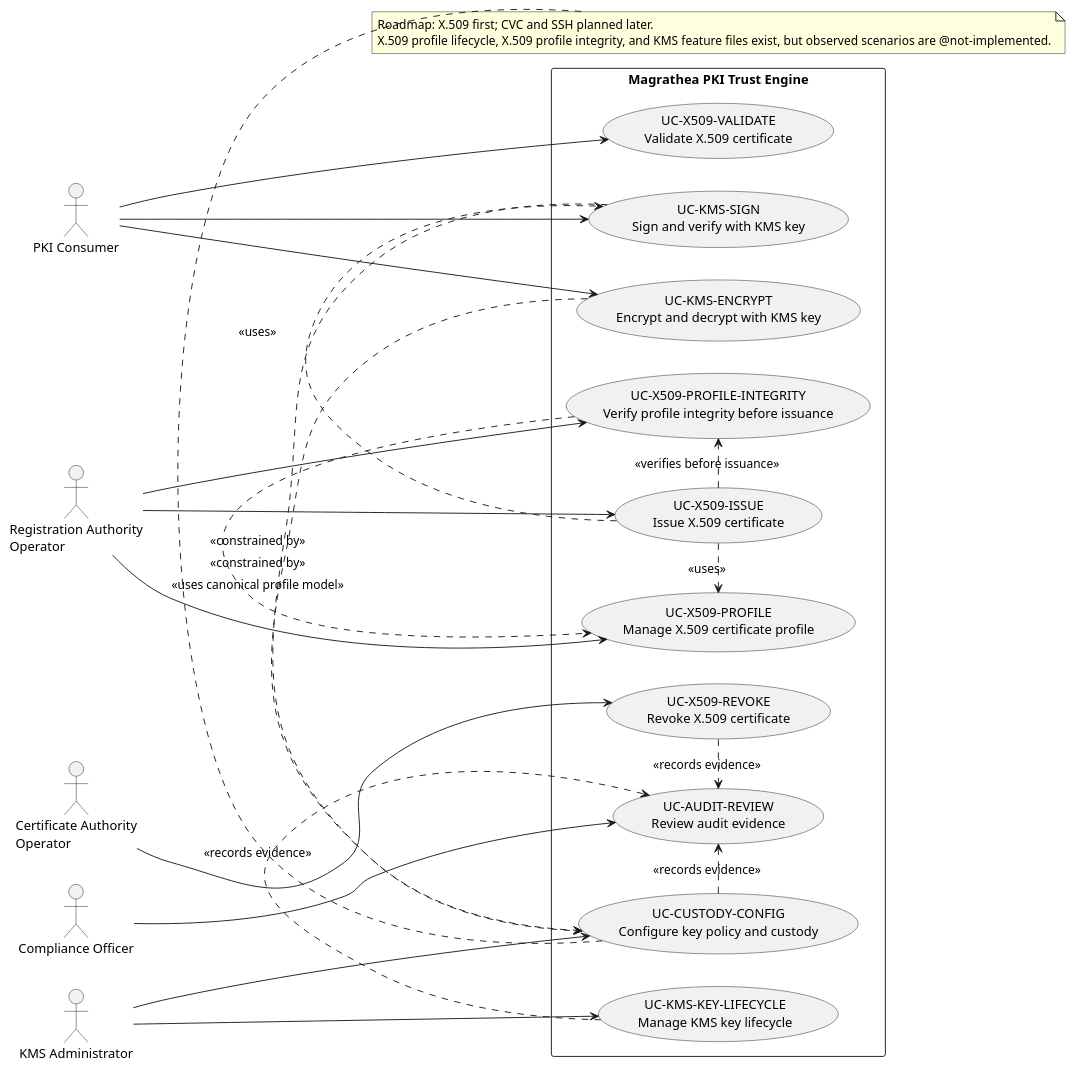
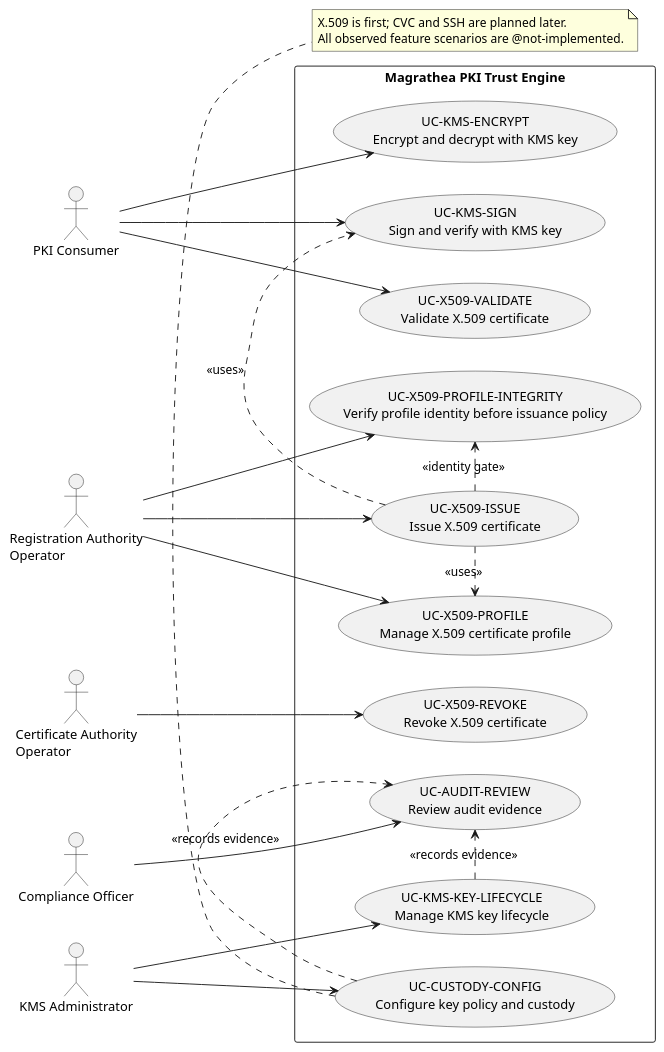
Before and after one commit to Magrathea-oss/magrathea-pki: the diagram in docs/arc42/appendix-requirements.adoc, drawn with PlantUML. The commit also changed other lines of this file and 10 other files, not shown here.

Commit message:
docs(x509): define canonical profile identity contract

```diff
--- a/docs/arc42/appendix-requirements.adoc
+++ b/docs/arc42/appendix-requirements.adoc
@@ -126,53 +106,48 @@
 [plantuml,magrathea-pki-use-case-overview,svg]
 ----
 @startuml
 left to right direction
 skinparam packageStyle rectangle
 
 actor "PKI Consumer" as Consumer
 actor "Registration Authority\nOperator" as RA
 actor "Certificate Authority\nOperator" as CA
 actor "Compliance Officer" as Compliance
 actor "KMS Administrator" as KMSAdmin
 
 rectangle "Magrathea PKI Trust Engine" {
   usecase "UC-X509-PROFILE\nManage X.509 certificate profile" as UC_X509_PROFILE
-  usecase "UC-X509-PROFILE-INTEGRITY\nVerify profile integrity before issuance" as UC_X509_PROFILE_INTEGRITY
+  usecase "UC-X509-PROFILE-INTEGRITY\nVerify profile identity before issuance policy" as UC_X509_PROFILE_INTEGRITY
   usecase "UC-X509-ISSUE\nIssue X.509 certificate" as UC_X509_ISSUE
   usecase "UC-X509-REVOKE\nRevoke X.509 certificate" as UC_X509_REVOKE
   usecase "UC-X509-VALIDATE\nValidate X.509 certificate" as UC_X509_VALIDATE
-
   usecase "UC-KMS-KEY-LIFECYCLE\nManage KMS key lifecycle" as UC_KMS_KEY_LIFECYCLE
   usecase "UC-KMS-SIGN\nSign and verify with KMS key" as UC_KMS_SIGN
   usecase "UC-KMS-ENCRYPT\nEncrypt and decrypt with KMS key" as UC_KMS_ENCRYPT
   usecase "UC-AUDIT-REVIEW\nReview audit evidence" as UC_AUDIT_REVIEW
   usecase "UC-CUSTODY-CONFIG\nConfigure key policy and custody" as UC_CUSTODY_CONFIG
 }
 
 RA --> UC_X509_PROFILE
 RA --> UC_X509_PROFILE_INTEGRITY
 RA --> UC_X509_ISSUE
 CA --> UC_X509_REVOKE
 Consumer --> UC_X509_VALIDATE
 Consumer --> UC_KMS_SIGN
 Consumer --> UC_KMS_ENCRYPT
 KMSAdmin --> UC_KMS_KEY_LIFECYCLE
 KMSAdmin --> UC_CUSTODY_CONFIG
 Compliance --> UC_AUDIT_REVIEW
 
 UC_X509_ISSUE .> UC_X509_PROFILE : <<uses>>
-UC_X509_ISSUE .> UC_X509_PROFILE_INTEGRITY : <<verifies before issuance>>
-UC_X509_PROFILE_INTEGRITY .> UC_X509_PROFILE : <<uses canonical profile model>>
+UC_X509_ISSUE .> UC_X509_PROFILE_INTEGRITY : <<identity gate>>
 UC_X509_ISSUE .> UC_KMS_SIGN : <<uses>>
-UC_X509_REVOKE .> UC_AUDIT_REVIEW : <<records evidence>>
-UC_KMS_SIGN .> UC_CUSTODY_CONFIG : <<constrained by>>
-UC_KMS_ENCRYPT .> UC_CUSTODY_CONFIG : <<constrained by>>
 UC_KMS_KEY_LIFECYCLE .> UC_AUDIT_REVIEW : <<records evidence>>
 UC_CUSTODY_CONFIG .> UC_AUDIT_REVIEW : <<records evidence>>
 
 note bottom
-  Roadmap: X.509 first; CVC and SSH planned later.
-  X.509 profile lifecycle, X.509 profile integrity, and KMS feature files exist, but observed scenarios are @not-implemented.
+  X.509 is first; CVC and SSH are planned later.
+  All observed feature scenarios are @not-implemented.
 end note
 @enduml
 ----
```
